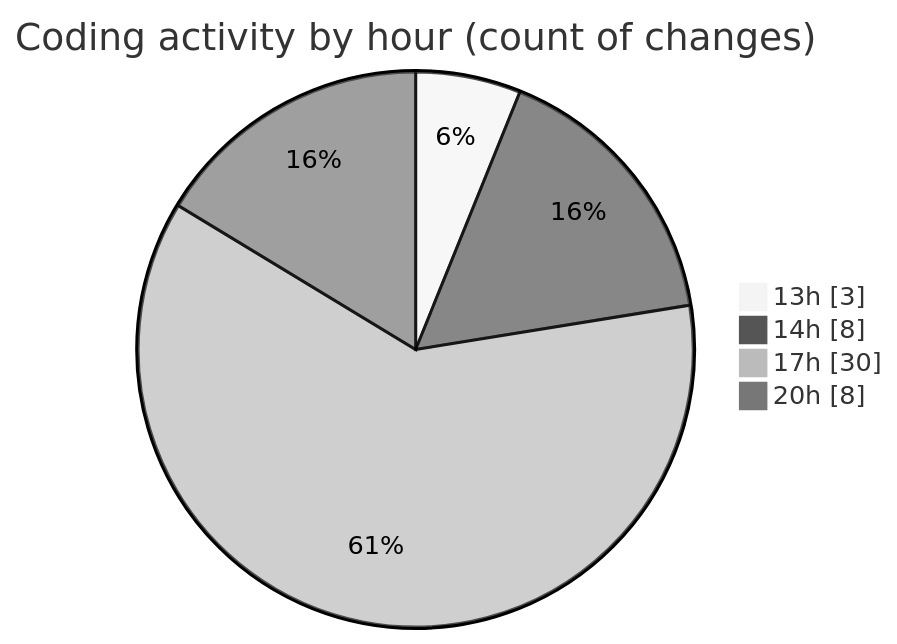
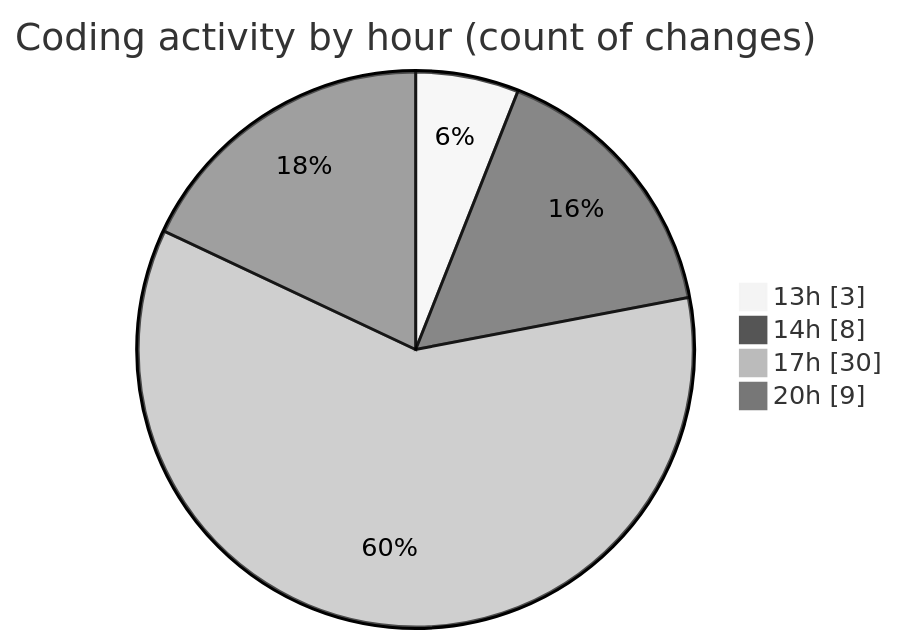
One commit to NitaiMahat/code-tracking changed the second of 2 diagrams in 2025-02-04/recipe-page-main/README.md. Above: the diagram before and after it, drawn with Mermaid (neutral theme). The commit also changed other lines of this file and 1 other file, not shown here.

````diff
--- a/2025-02-04/recipe-page-main/README.md
+++ b/2025-02-04/recipe-page-main/README.md
@@ -30,8 +30,8 @@
 ```mermaid
 pie showData
 title Coding activity by hour (count of changes)
 "13h" : 3
 "14h" : 8
 "17h" : 30
-"20h" : 8
+"20h" : 9
 ```
````
